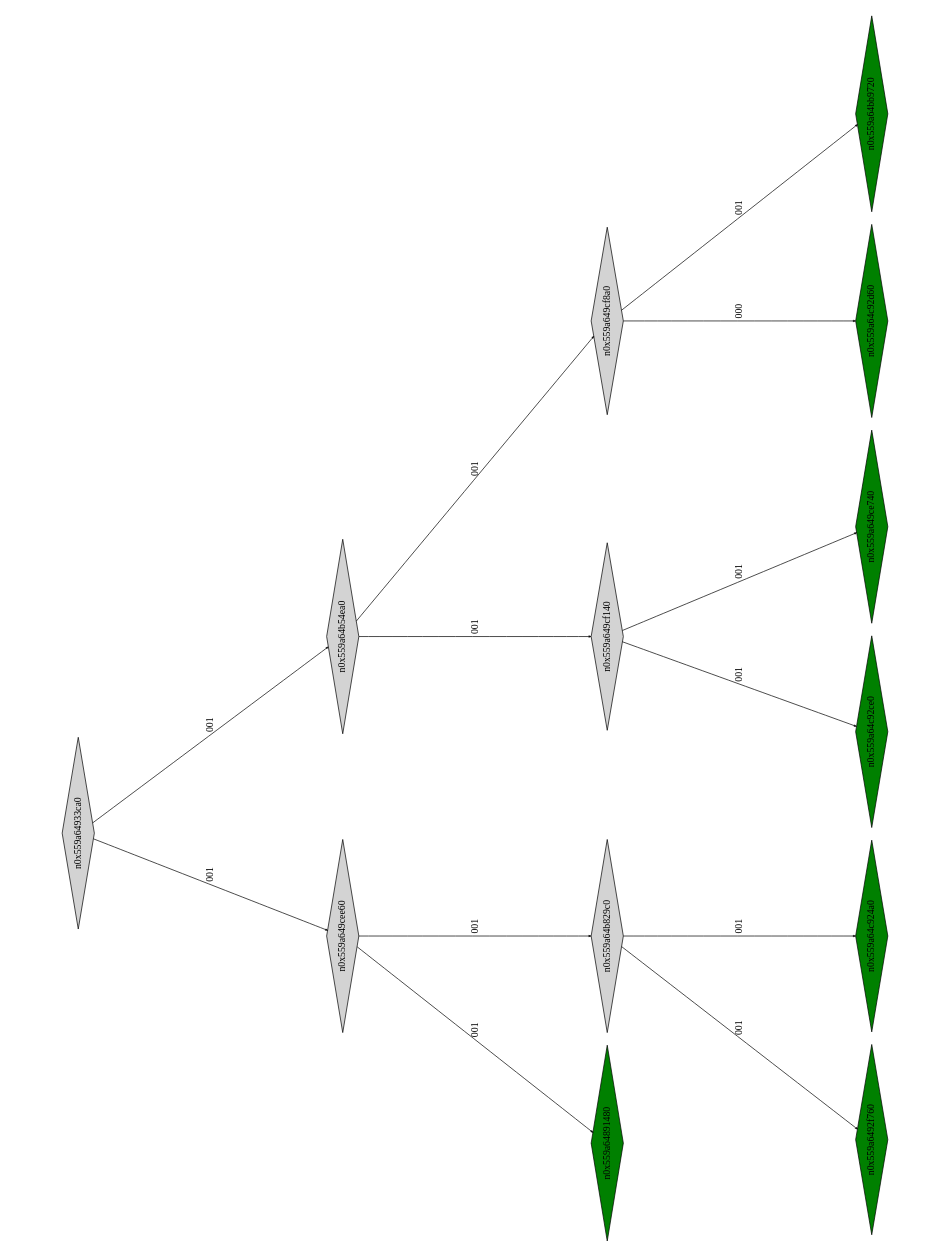
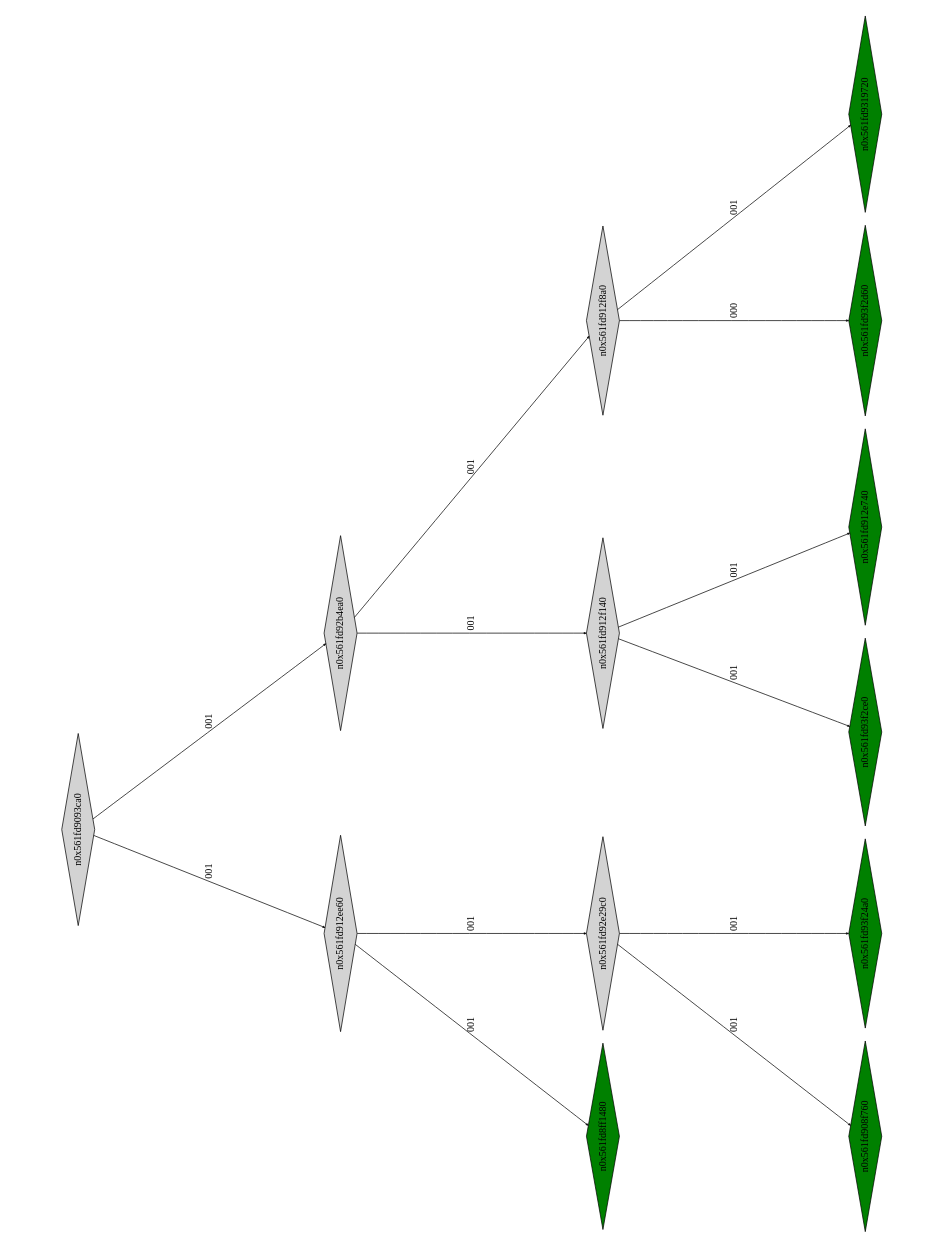
The diagram in montyhall_klee_out/ptree_00001056.dot (Research-Tools-PAVT/PSE-Program-Examples), drawn with Graphviz before and after one commit. The commit also changed 41 other files, not shown here.

```diff
--- a/montyhall_klee_out/ptree_00001056.dot
+++ b/montyhall_klee_out/ptree_00001056.dot
@@ -1,33 +1,33 @@
 digraph G {
 	size="10,7.5";
 	ratio=fill;
 	rotate=90;
 	center = "true";
 	node [style="filled",width=.1,height=.1,fontname="Terminus"]
 	edge [arrowsize=.3]
-	n0x559a64933ca0 [shape=diamond];
-	n0x559a64933ca0 -> n0x559a649cee60 [label=001];
-	n0x559a64933ca0 -> n0x559a64b54ea0 [label=001];
-	n0x559a64b54ea0 [shape=diamond];
-	n0x559a64b54ea0 -> n0x559a649cf140 [label=001];
-	n0x559a64b54ea0 -> n0x559a649cf8a0 [label=001];
-	n0x559a649cf8a0 [shape=diamond];
-	n0x559a649cf8a0 -> n0x559a64c92d60 [label=000];
-	n0x559a649cf8a0 -> n0x559a64bb9720 [label=001];
-	n0x559a64bb9720 [shape=diamond,fillcolor=green];
-	n0x559a64c92d60 [shape=diamond,fillcolor=green];
-	n0x559a649cf140 [shape=diamond];
-	n0x559a649cf140 -> n0x559a64c92ce0 [label=001];
-	n0x559a649cf140 -> n0x559a649ce740 [label=001];
-	n0x559a649ce740 [shape=diamond,fillcolor=green];
-	n0x559a64c92ce0 [shape=diamond,fillcolor=green];
-	n0x559a649cee60 [shape=diamond];
-	n0x559a649cee60 -> n0x559a64891480 [label=001];
-	n0x559a649cee60 -> n0x559a64b829c0 [label=001];
-	n0x559a64b829c0 [shape=diamond];
-	n0x559a64b829c0 -> n0x559a6492f760 [label=001];
-	n0x559a64b829c0 -> n0x559a64c924a0 [label=001];
-	n0x559a64c924a0 [shape=diamond,fillcolor=green];
-	n0x559a6492f760 [shape=diamond,fillcolor=green];
-	n0x559a64891480 [shape=diamond,fillcolor=green];
+	n0x561fd9093ca0 [shape=diamond];
+	n0x561fd9093ca0 -> n0x561fd912ee60 [label=001];
+	n0x561fd9093ca0 -> n0x561fd92b4ea0 [label=001];
+	n0x561fd92b4ea0 [shape=diamond];
+	n0x561fd92b4ea0 -> n0x561fd912f140 [label=001];
+	n0x561fd92b4ea0 -> n0x561fd912f8a0 [label=001];
+	n0x561fd912f8a0 [shape=diamond];
+	n0x561fd912f8a0 -> n0x561fd93f2d60 [label=000];
+	n0x561fd912f8a0 -> n0x561fd9319720 [label=001];
+	n0x561fd9319720 [shape=diamond,fillcolor=green];
+	n0x561fd93f2d60 [shape=diamond,fillcolor=green];
+	n0x561fd912f140 [shape=diamond];
+	n0x561fd912f140 -> n0x561fd93f2ce0 [label=001];
+	n0x561fd912f140 -> n0x561fd912e740 [label=001];
+	n0x561fd912e740 [shape=diamond,fillcolor=green];
+	n0x561fd93f2ce0 [shape=diamond,fillcolor=green];
+	n0x561fd912ee60 [shape=diamond];
+	n0x561fd912ee60 -> n0x561fd8ff1480 [label=001];
+	n0x561fd912ee60 -> n0x561fd92e29c0 [label=001];
+	n0x561fd92e29c0 [shape=diamond];
+	n0x561fd92e29c0 -> n0x561fd908f760 [label=001];
+	n0x561fd92e29c0 -> n0x561fd93f24a0 [label=001];
+	n0x561fd93f24a0 [shape=diamond,fillcolor=green];
+	n0x561fd908f760 [shape=diamond,fillcolor=green];
+	n0x561fd8ff1480 [shape=diamond,fillcolor=green];
 }
```
